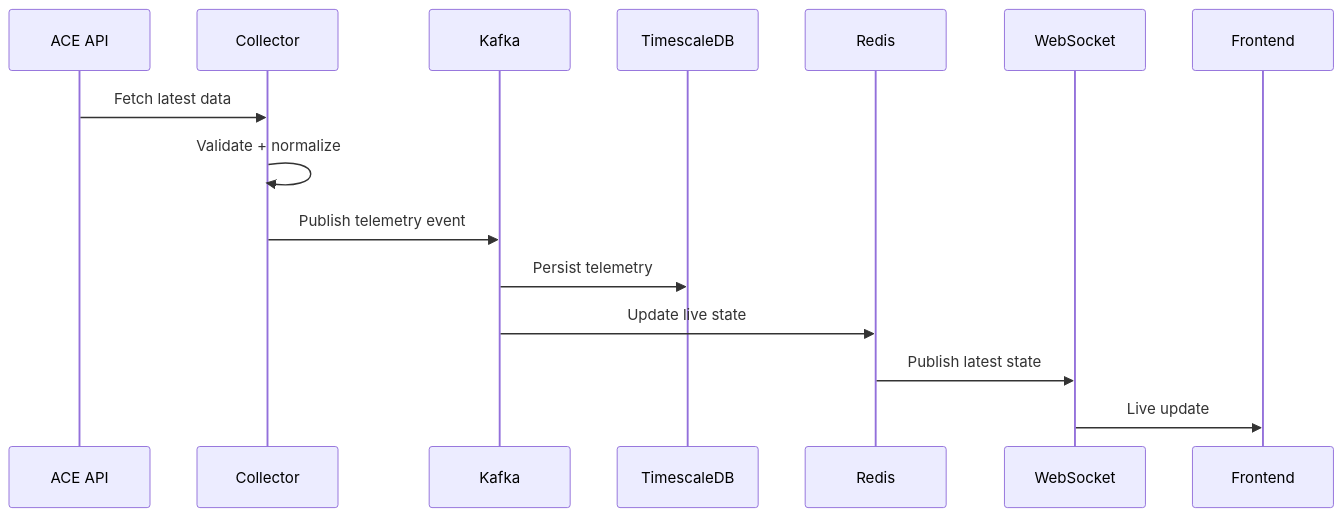
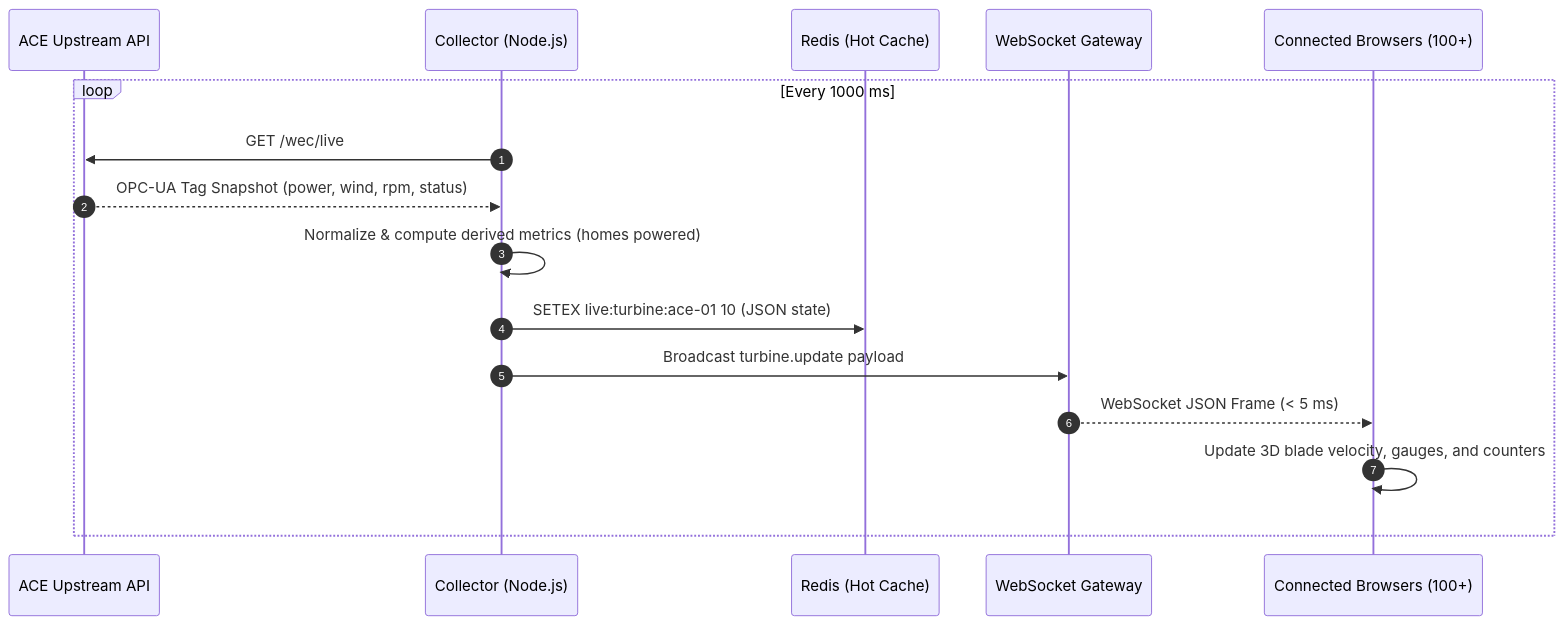
Before and after one commit to klardatalabs/ace_wind_display: the second of 8 diagrams in docs/SYSTEM_DESIGN.md, drawn with Mermaid. The commit also changed other lines of this file and 1 other file, not shown here.

First line of the commit message:
docs: streamline SYSTEM_DESIGN.md into production-grade lean architecture

````diff
--- a/docs/SYSTEM_DESIGN.md
+++ b/docs/SYSTEM_DESIGN.md
@@ -266,18 +150,19 @@
-``` mermaid
+```mermaid
 sequenceDiagram
-    participant ACE as ACE API
-    participant C as Collector
-    participant K as Kafka
-    participant T as TimescaleDB
-    participant R as Redis
-    participant WS as WebSocket
-    participant UI as Frontend
+    autonumber
+    participant ACE as ACE Upstream API
+    participant Col as Collector (Node.js)
+    participant Redis as Redis (Hot Cache)
+    participant WS as WebSocket Gateway
+    participant UI as Connected Browsers (100+)
 
-    ACE->>C: Fetch latest data
-    C->>C: Validate + normalize
-    C->>K: Publish telemetry event
-    K->>T: Persist telemetry
-    K->>R: Update live state
-    R->>WS: Publish latest state
-    WS->>UI: Live update
+    loop Every 1000 ms
+        Col->>ACE: GET /wec/live
+        ACE-->>Col: OPC-UA Tag Snapshot (power, wind, rpm, status)
+        Col->>Col: Normalize & compute derived metrics (homes powered)
+        Col->>Redis: SETEX live:turbine:ace-01 10 (JSON state)
+        Col->>WS: Broadcast turbine.update payload
+        WS-->>UI: WebSocket JSON Frame (< 5 ms)
+        UI->>UI: Update 3D blade velocity, gauges, and counters
+    end
 ```
````
